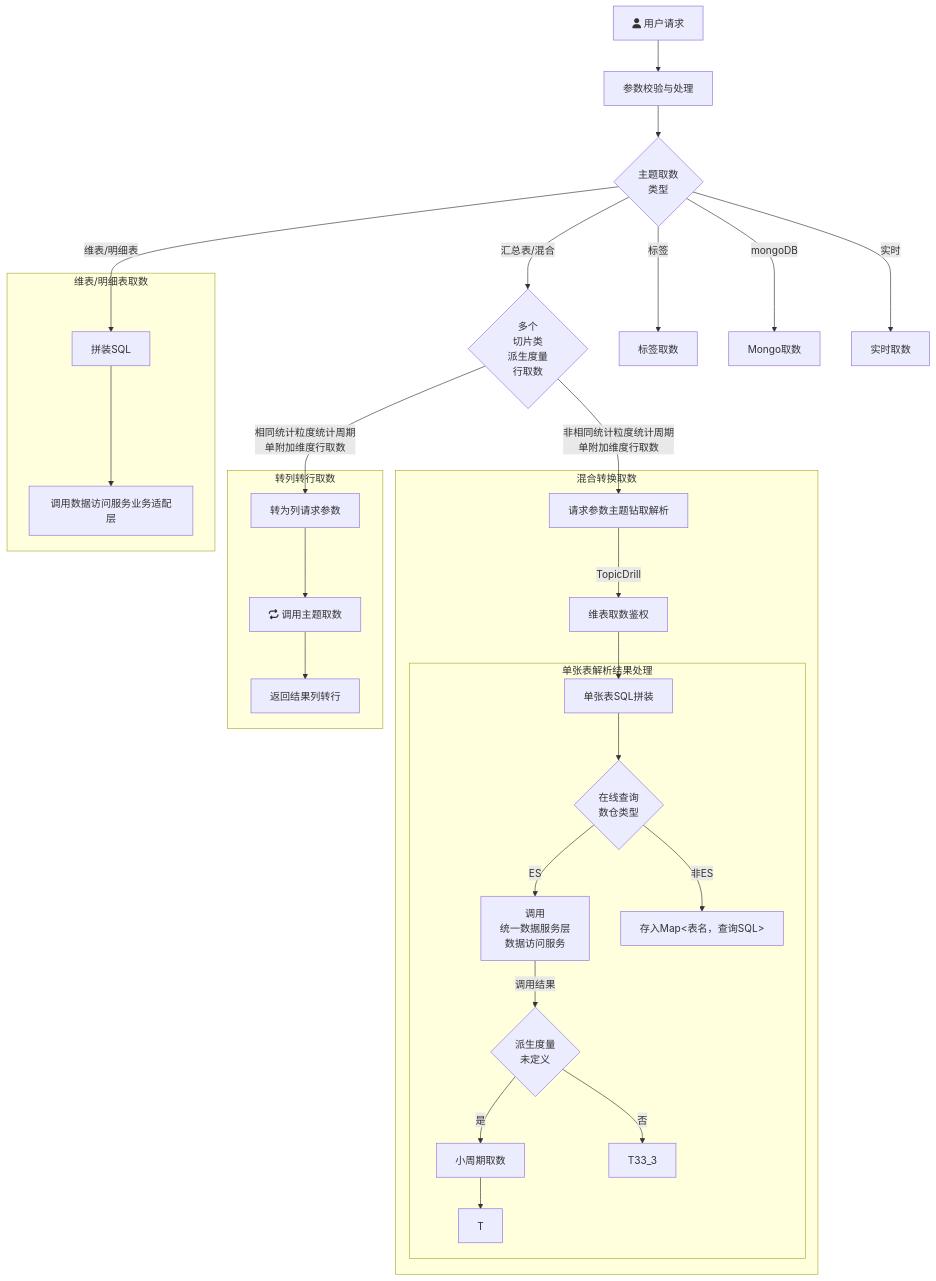
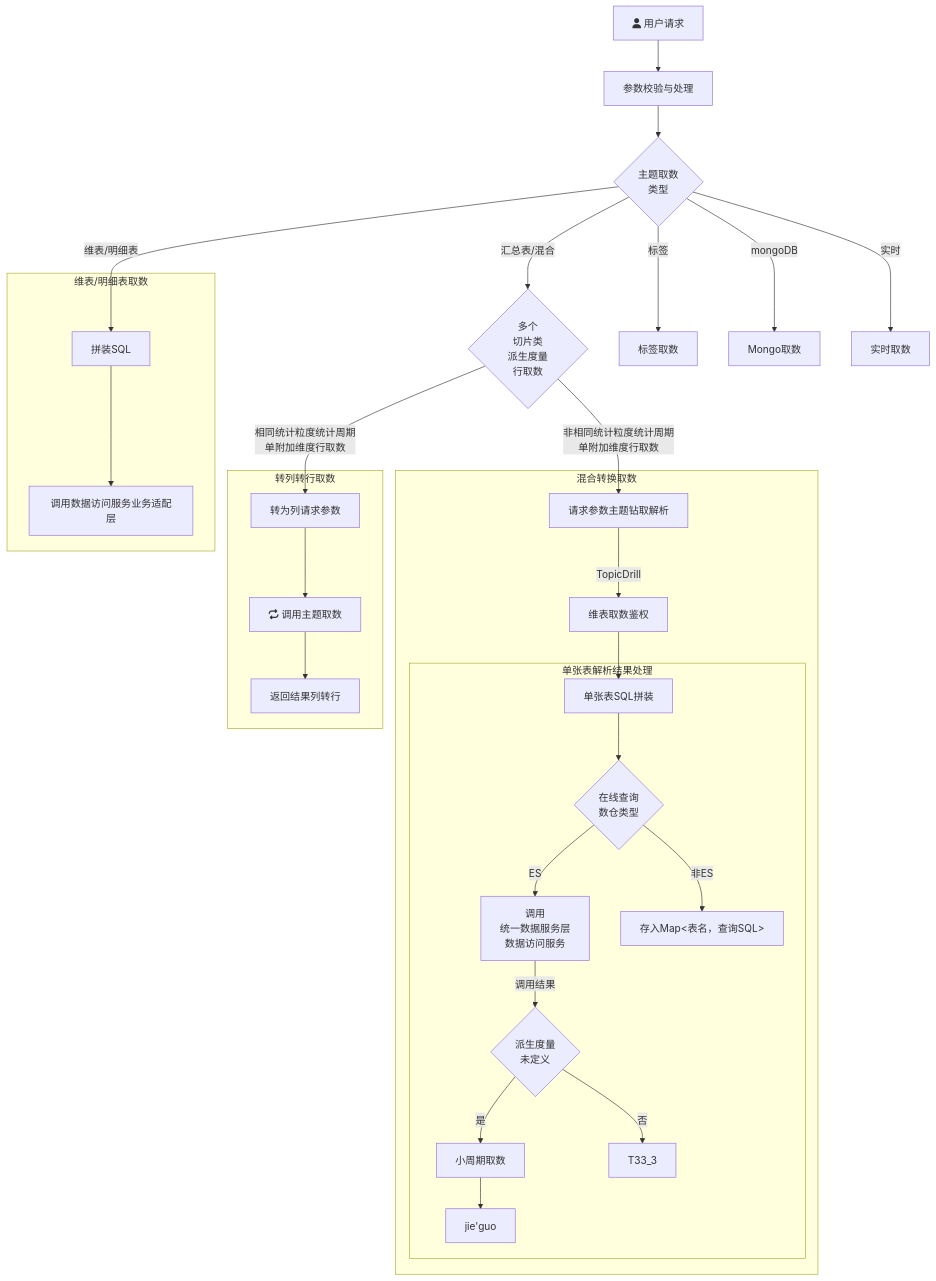
One commit to yanglosm/iodraw-files changed the diagram in all/未命名.md. Above: the diagram before and after it, drawn with Mermaid.

Commit message:
2024-11-29 19:09:49 update

````diff
--- a/all/未命名.md
+++ b/all/未命名.md
@@ -1,26 +1,26 @@
 ```mermaid
 flowchart TD
     A[fa:fa-user 用户请求] -->A1[参数校验与处理] --> B{主题取数\n类型}
     B -->|维表/明细表| D[拼装SQL]
     B -->|汇总表/混合| E{多个\n切片类\n派生度量\n行取数}
     B -->|标签| F[标签取数]
     B -->|mongoDB| G[Mongo取数]
     B -->|实时| H[实时取数]
     E -->|相同统计粒度统计周期\n单附加维度行取数| E1[转为列请求参数]
     E -->|非相同统计粒度统计周期\n单附加维度行取数| T1[请求参数主题钻取解析]
     subgraph 维表/明细表取数
     D-->D1[调用数据访问服务业务适配层]
     end
     subgraph 转列转行取数
     E1-->E11[fa:fa-repeat 调用主题取数]-->E12[返回结果列转行]
     end
     subgraph 混合转换取数
     T1-->|TopicDrill| T2[维表取数鉴权] --> T31[单张表SQL拼装]
         subgraph 单张表解析结果处理
         T31 --> T4{在线查询\n数仓类型}-->|ES|T32[调用\n统一数据服务层\n数据访问服务] --> |调用结果|T33{派生度量\n未定义}
-        T33 --> |是|T33_1[小周期取数]-->T
+        T33 --> |是|T33_1[小周期取数]-->T34[jie'guo]
         T33 --> |否|T33_3
         T4 --> |非ES|T41["存入Map<表名，查询SQL>"]
         end
     end
 ```
````
